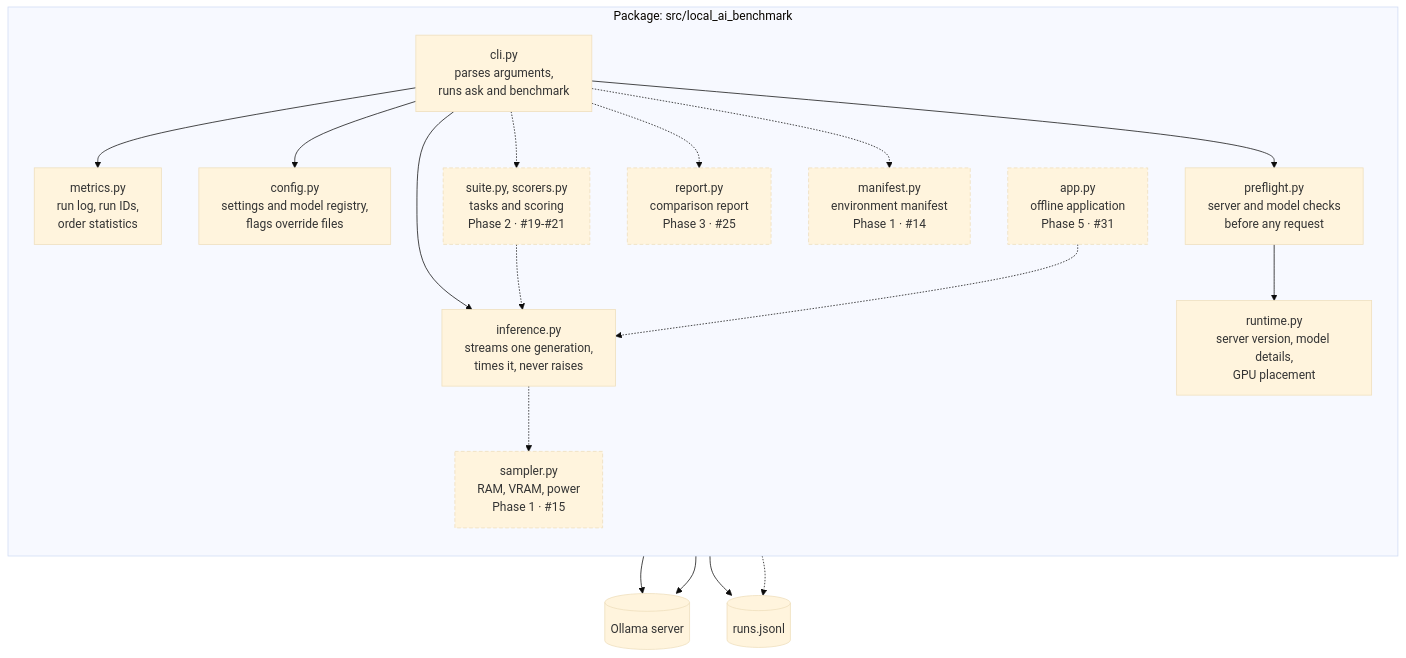
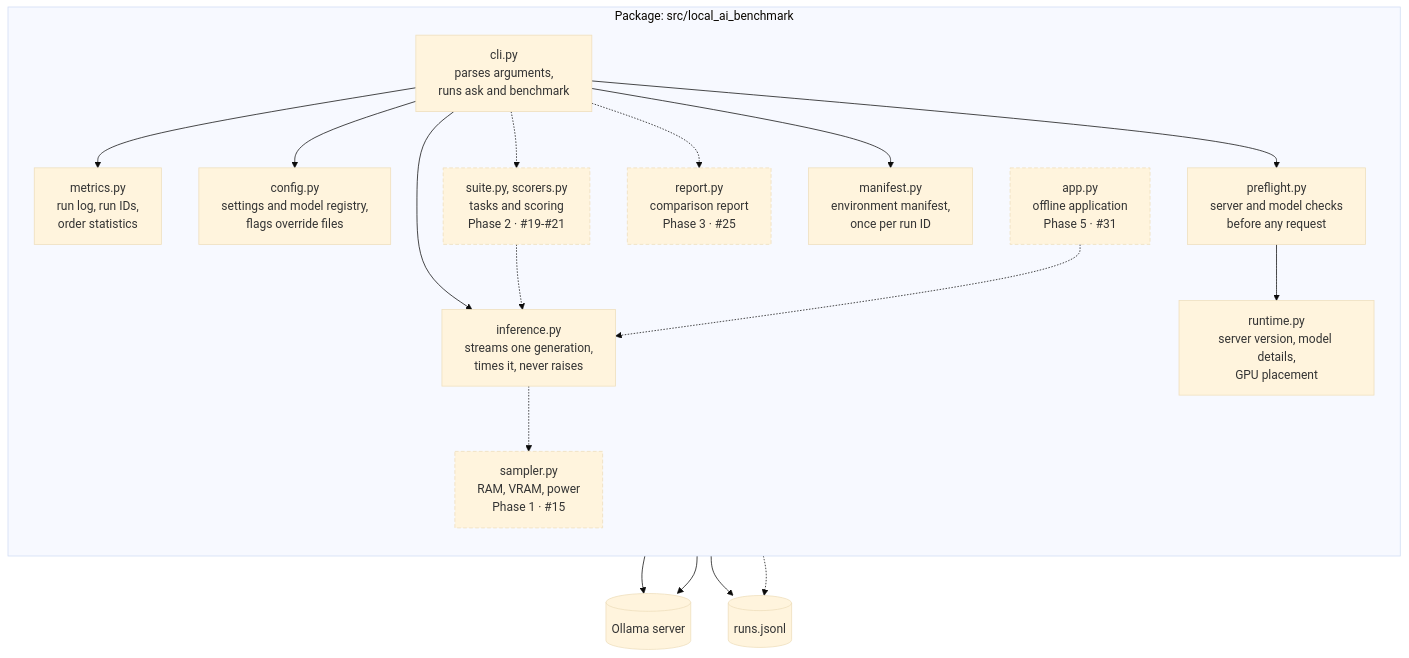
Before and after one commit to saicharan-nidiganti/local-ai-benchmark: the second of 3 diagrams in docs/architecture.md, drawn with Mermaid (base theme). The commit also changed other lines of this file and 9 other files, not shown here.

First line of the commit message:
feat: environment manifest per run (#45)

````diff
--- a/docs/architecture.md
+++ b/docs/architecture.md
@@ -50,35 +51,35 @@
 ```mermaid
 flowchart TB
     subgraph pkg["Package: src/local_ai_benchmark"]
         direction TB
         cli["cli.py<br/>parses arguments,<br/>runs ask and benchmark"]
         inference["inference.py<br/>streams one generation,<br/>times it, never raises"]
         metrics["metrics.py<br/>run log, run IDs,<br/>order statistics"]
         config["config.py<br/>settings and model registry,<br/>flags override files"]
         preflight["preflight.py<br/>server and model checks<br/>before any request"]
         runtimeq["runtime.py<br/>server version, model details,<br/>GPU placement"]
-        manifest["manifest.py<br/>environment manifest<br/>Phase 1 · #14"]:::planned
+        manifest["manifest.py<br/>environment manifest,<br/>once per run ID"]
         sampler["sampler.py<br/>RAM, VRAM, power<br/>Phase 1 · #15"]:::planned
         suite["suite.py, scorers.py<br/>tasks and scoring<br/>Phase 2 · #19-#21"]:::planned
         report["report.py<br/>comparison report<br/>Phase 3 · #25"]:::planned
         app["app.py<br/>offline application<br/>Phase 5 · #31"]:::planned
     end
     ollama[("Ollama server")]
     log[("runs.jsonl")]
     cli --> inference
     cli --> metrics
     inference --> ollama
     metrics --> log
     cli --> config
     cli --> preflight
     preflight --> runtimeq
     runtimeq --> ollama
     cli -.-> suite
     cli -.-> report
     inference -.-> sampler
-    cli -.-> manifest
+    cli --> manifest
     suite -.-> inference
     report -.-> log
     app -.-> inference
     classDef planned stroke-dasharray: 5 3
 ```
````
